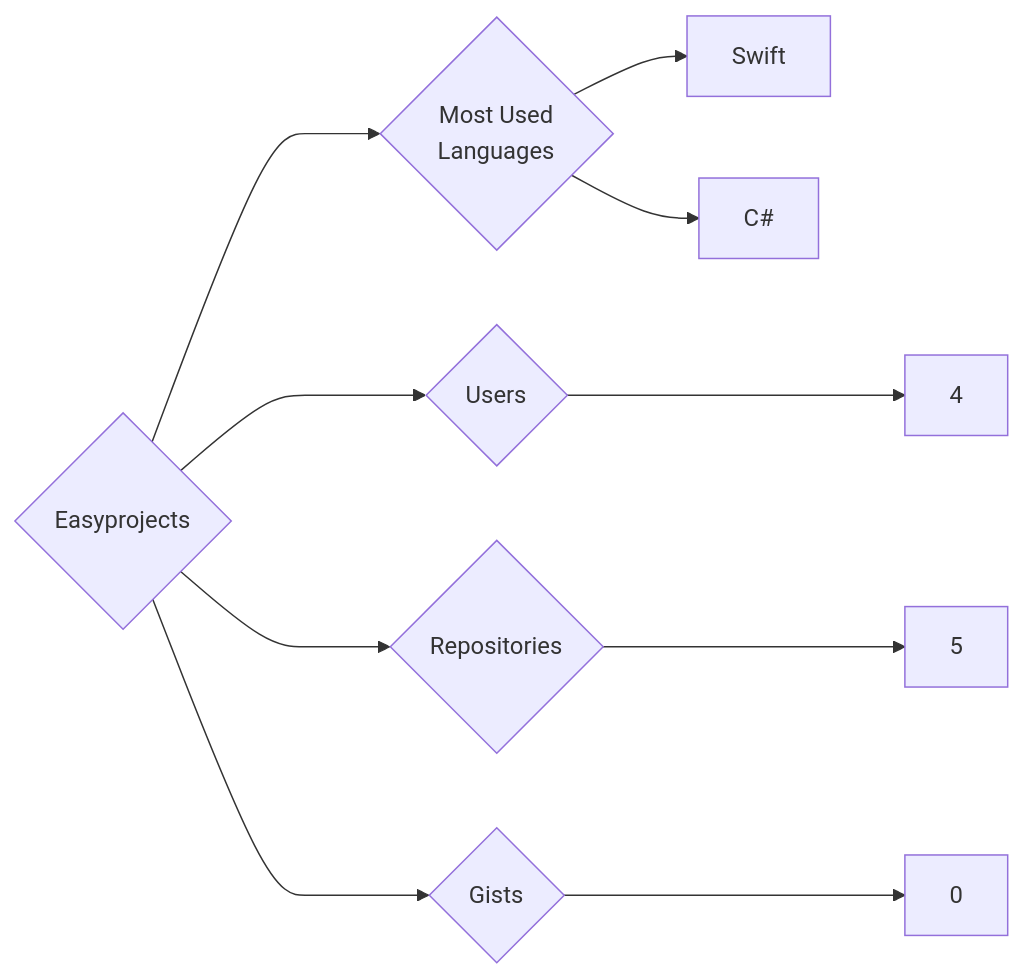
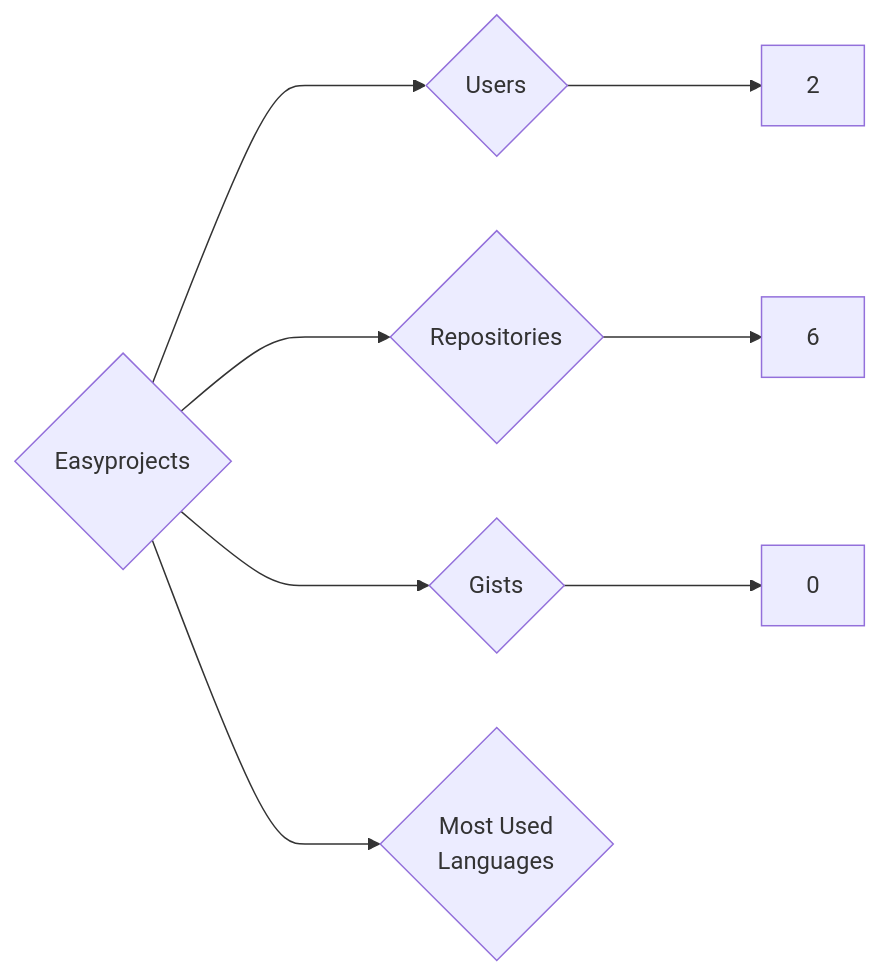
The diagram in targets/Easyprojects/README.md (trickest/insiders), drawn with Mermaid before and after one commit. The commit also changed 1148 other files, not shown here.

````diff
--- a/targets/Easyprojects/README.md
+++ b/targets/Easyprojects/README.md
@@ -3,10 +3,8 @@
 ```mermaid
 graph LR
 COMPANY_NAME{Easyprojects}
-COMPANY_NAME ---> U{Users} ---> UN[4]
-COMPANY_NAME ---> R{Repositories} ---> RN[5]
+COMPANY_NAME ---> U{Users} ---> UN[2]
+COMPANY_NAME ---> R{Repositories} ---> RN[6]
 COMPANY_NAME ---> G{Gists} ---> GN[0]
 COMPANY_NAME ---> ML{Most Used<br>Languages}
-ML --> Swift[Swift]
-ML --> C#[C#]
 ```
````
